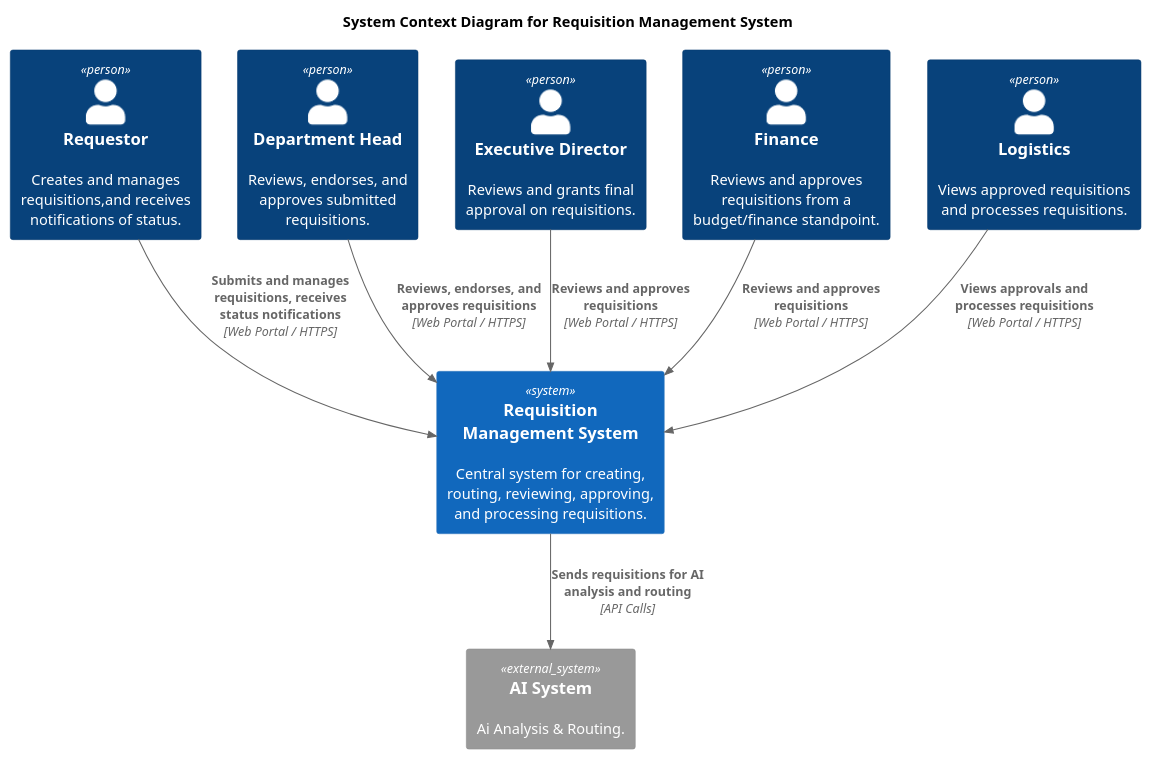
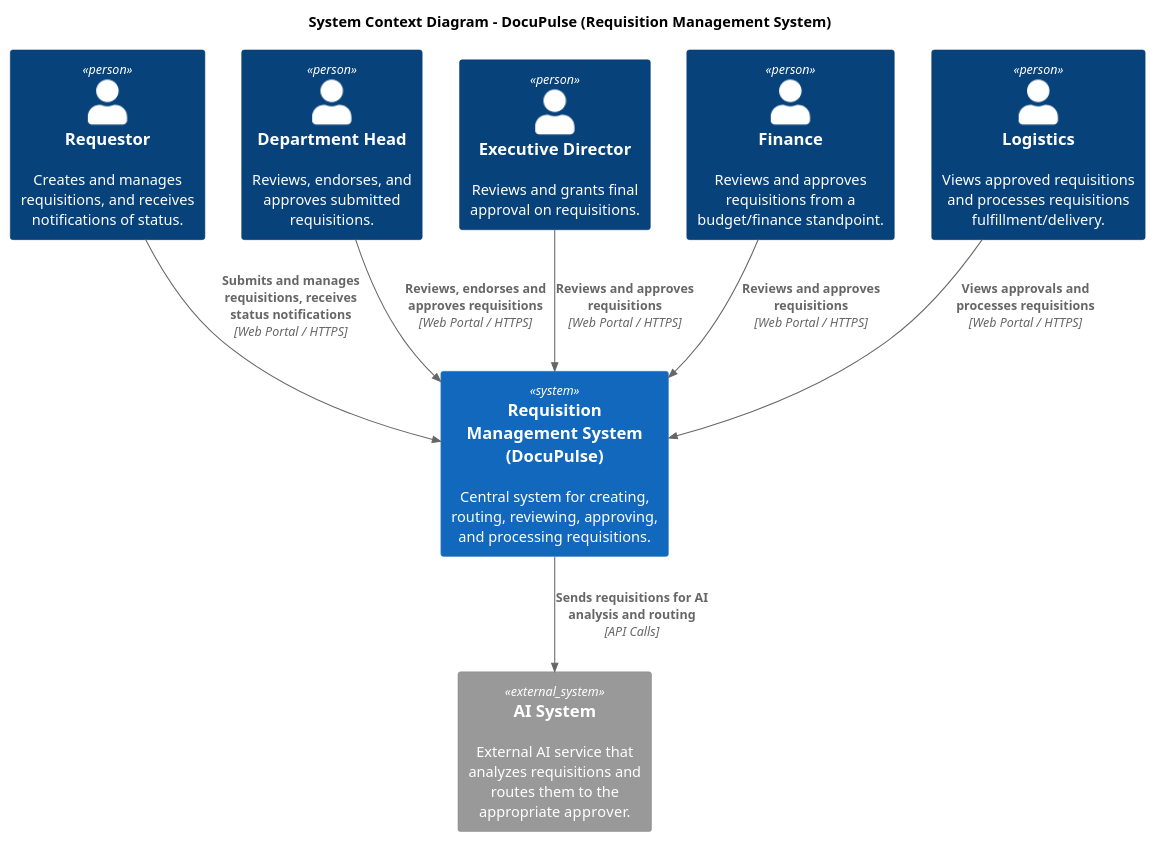
The diagram in docs/MSYADD1/DocuPulse-SystemContextDiagram.puml (APC-SoCIT/APC-2026-2027-T1-IT241-Grp5-DocuPulse-An-AI-Assisted-Phygital-Document-Tracking-System), drawn with PlantUML before and after one commit. The commit also changed other lines of this file and 2 other files, not shown here.

Commit message:
updated the c4 diagrams

```diff
--- a/docs/MSYADD1/DocuPulse-SystemContextDiagram.puml
+++ b/docs/MSYADD1/DocuPulse-SystemContextDiagram.puml
@@ -1,32 +1,24 @@
-@startuml RequisitionSystemContext
+@startuml
 !include https://raw.githubusercontent.com/plantuml-stdlib/C4-PlantUML/master/C4_Context.puml
 
-' Diagram Title
-title System Context Diagram for Requisition Management System
+skinparam packageStyle rectangle
+title System Context Diagram - DocuPulse (Requisition Management System)
 
-' ACTORS / PERSONS
-Person(requestor, "Requestor", "Creates and manages requisitions,and receives notifications of status.")
-Person(dept_head, "Department Head", "Reviews, endorses, and approves submitted requisitions.")
-Person(exec_director, "Executive Director", "Reviews and grants final approval on requisitions.")
+Person(requestor, "Requestor", "Creates and manages requisitions, and receives notifications of status.")
+Person(department_head, "Department Head", "Reviews, endorses, and approves submitted requisitions.")
+Person(executive_director, "Executive Director", "Reviews and grants final approval on requisitions.")
 Person(finance, "Finance", "Reviews and approves requisitions from a budget/finance standpoint.")
-Person(logistics, "Logistics", "Views approved requisitions and processes requisitions.")
+Person(logistics, "Logistics", "Views approved requisitions and processes requisitions fulfillment/delivery.")
 
-' MAIN SYSTEM
-System(requisition_system, "Requisition Management System", "Central system for creating, routing, reviewing, approving, and processing requisitions.")
+System(ecosystem, "Requisition Management System (DocuPulse)", "Central system for creating, routing, reviewing, approving, and processing requisitions.")
 
-' EXTERNAL SYSTEMS
-System_Ext(ai_system, "AI System", "Ai Analysis & Routing.")
+System_Ext(ai_system, "AI System", "External AI service that analyzes requisitions and routes them to the appropriate approver.")
 
-' INTERACTIONS & RELATIONSHIPS
+Rel(requestor, ecosystem, "Submits and manages requisitions, receives status notifications", "Web Portal / HTTPS")
+Rel(department_head, ecosystem, "Reviews, endorses and approves requisitions", "Web Portal / HTTPS")
+Rel(executive_director, ecosystem, "Reviews and approves requisitions", "Web Portal / HTTPS")
+Rel(finance, ecosystem, "Reviews and approves requisitions", "Web Portal / HTTPS")
+Rel(logistics, ecosystem, "Views approvals and processes requisitions", "Web Portal / HTTPS")
+Rel(ecosystem, ai_system, "Sends requisitions for AI analysis and routing", "API Calls")
 
-' Primary User Interactions
-Rel(requestor, requisition_system, "Submits and manages requisitions, receives status notifications", "Web Portal / HTTPS")
-Rel(dept_head, requisition_system, "Reviews, endorses, and approves requisitions", "Web Portal / HTTPS")
-Rel(exec_director, requisition_system, "Reviews and approves requisitions", "Web Portal / HTTPS")
-Rel(finance, requisition_system, "Reviews and approves requisitions", "Web Portal / HTTPS")
-Rel(logistics, requisition_system, "Views approvals and processes requisitions", "Web Portal / HTTPS")
-
-' Requisition System -> External System Interactions
-Rel(requisition_system, ai_system, "Sends requisitions for AI analysis and routing", "API Calls")
-
-@enduml 
+@enduml
```
